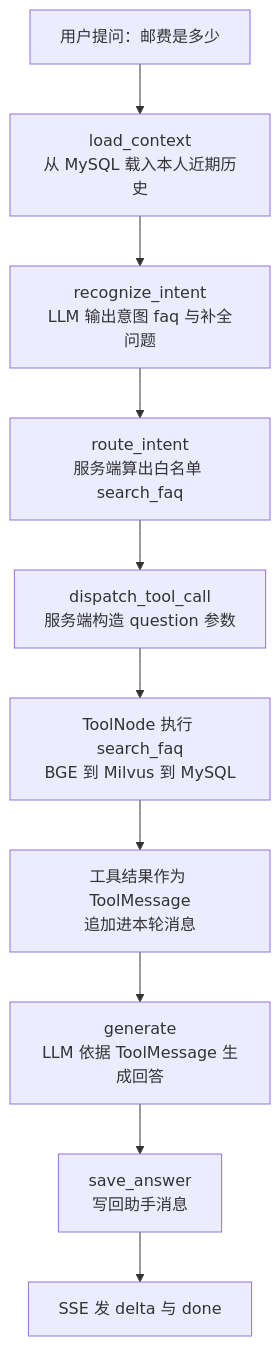
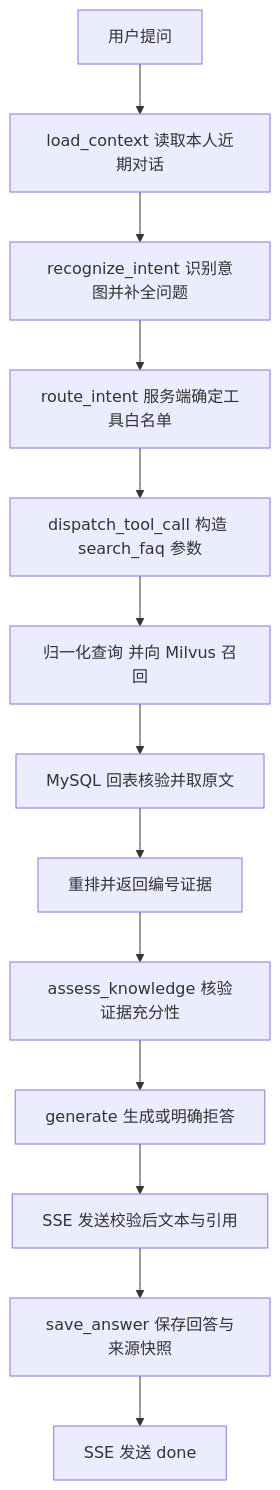
One commit to Tindalos-ik/Aiden changed the third of 4 diagrams in docs/RAG.md. Above: the diagram before and after it, drawn with Mermaid. The commit also changed other lines of this file, not shown here.

````diff
--- a/docs/RAG.md
+++ b/docs/RAG.md
@@ -565,12 +498,15 @@
 ```mermaid
 graph TD
-    user["用户提问：邮费是多少"] --> load["load_context<br/>从 MySQL 载入本人近期历史"]
-    load --> recog["recognize_intent<br/>LLM 输出意图 faq 与补全问题"]
-    recog --> route["route_intent<br/>服务端算出白名单 search_faq"]
-    route --> dispatch["dispatch_tool_call<br/>服务端构造 question 参数"]
-    dispatch --> tool["ToolNode 执行 search_faq<br/>BGE 到 Milvus 到 MySQL"]
-    tool --> msg["工具结果作为 ToolMessage<br/>追加进本轮消息"]
-    msg --> gen["generate<br/>LLM 依据 ToolMessage 生成回答"]
-    gen --> save["save_answer<br/>写回助手消息"]
-    save --> sse["SSE 发 delta 与 done"]
+    user["用户提问"] --> load["load_context 读取本人近期对话"]
+    load --> intent["recognize_intent 识别意图并补全问题"]
+    intent --> route["route_intent 服务端确定工具白名单"]
+    route --> dispatch["dispatch_tool_call 构造 search_faq 参数"]
+    dispatch --> retrieve["归一化查询 并向 Milvus 召回"]
+    retrieve --> mysql["MySQL 回表核验并取原文"]
+    mysql --> rerank["重排并返回编号证据"]
+    rerank --> assess["assess_knowledge 核验证据充分性"]
+    assess --> generate["generate 生成或明确拒答"]
+    generate --> sse["SSE 发送校验后文本与引用"]
+    sse --> save["save_answer 保存回答与来源快照"]
+    save --> done["SSE 发送 done"]
 ```
````
